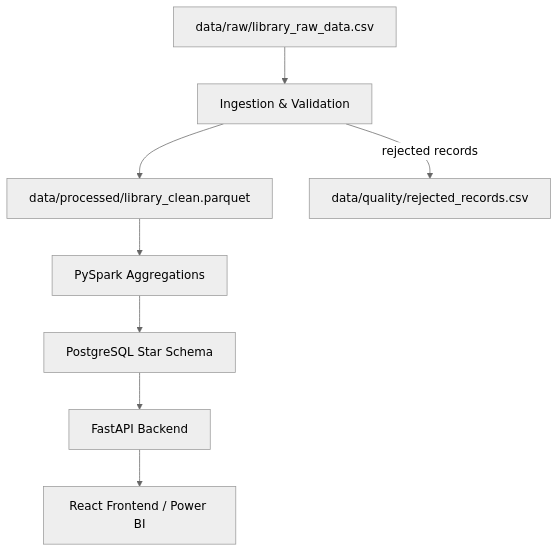
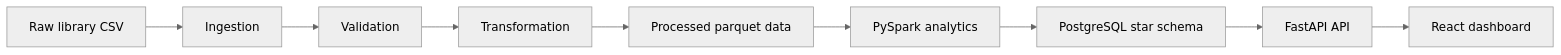
Before and after one commit to priyal7119/LibraSight: the diagram in README.md, drawn with Mermaid (neutral theme). The commit also changed other lines of this file and 14 other files, not shown here.

Commit message:
Multiple data input types - csv,json,xlsx supported

````diff
--- a/README.md
+++ b/README.md
@@ -79,13 +46,11 @@
 ```mermaid
-flowchart TD
-  RAW[data/raw/library_raw_data.csv]
-  INGEST[Ingestion & Validation]
-  PARQ[data/processed/library_clean.parquet]
-  SPARK[PySpark Aggregations]
-  PG[PostgreSQL Star Schema]
-  API[FastAPI Backend]
-  UI[React Frontend / Power BI]
-
-  RAW --> INGEST --> PARQ --> SPARK --> PG --> API --> UI
-  INGEST --> |rejected records| QUARANTINE[data/quality/rejected_records.csv]
+flowchart LR
+    RAW[Raw library CSV] --> INGEST[Ingestion]
+    INGEST --> VALIDATE[Validation]
+    VALIDATE --> CLEAN[Transformation]
+    CLEAN --> PARQUET[Processed parquet data]
+    PARQUET --> SPARK[PySpark analytics]
+    SPARK --> DB[PostgreSQL star schema]
+    DB --> API[FastAPI API]
+    API --> UI[React dashboard]
 ```
````
